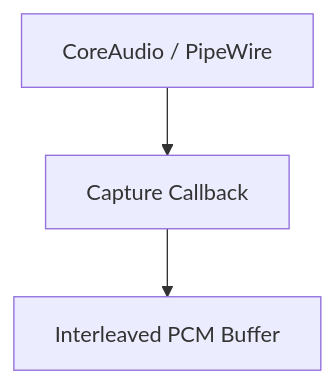
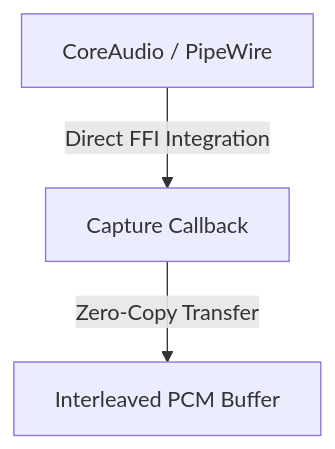
The diagram in README.md (ParkWardRR/audio-capture-rs-talaroana), drawn with Mermaid before and after one commit. The commit also changed other lines of this file and 2 other files, not shown here.

Commit message:
docs: overhaul README and ROADMAP for public release

````diff
--- a/README.md
+++ b/README.md
@@ -17,6 +21,5 @@
 ```mermaid
 graph TD;
-    A[CoreAudio / PipeWire] --> B[Capture Callback];
-    B --> C[Interleaved PCM Buffer];
-
+    A[CoreAudio / PipeWire] -->|Direct FFI Integration| B[Capture Callback];
+    B -->|Zero-Copy Transfer| C[Interleaved PCM Buffer];
 ```
````
